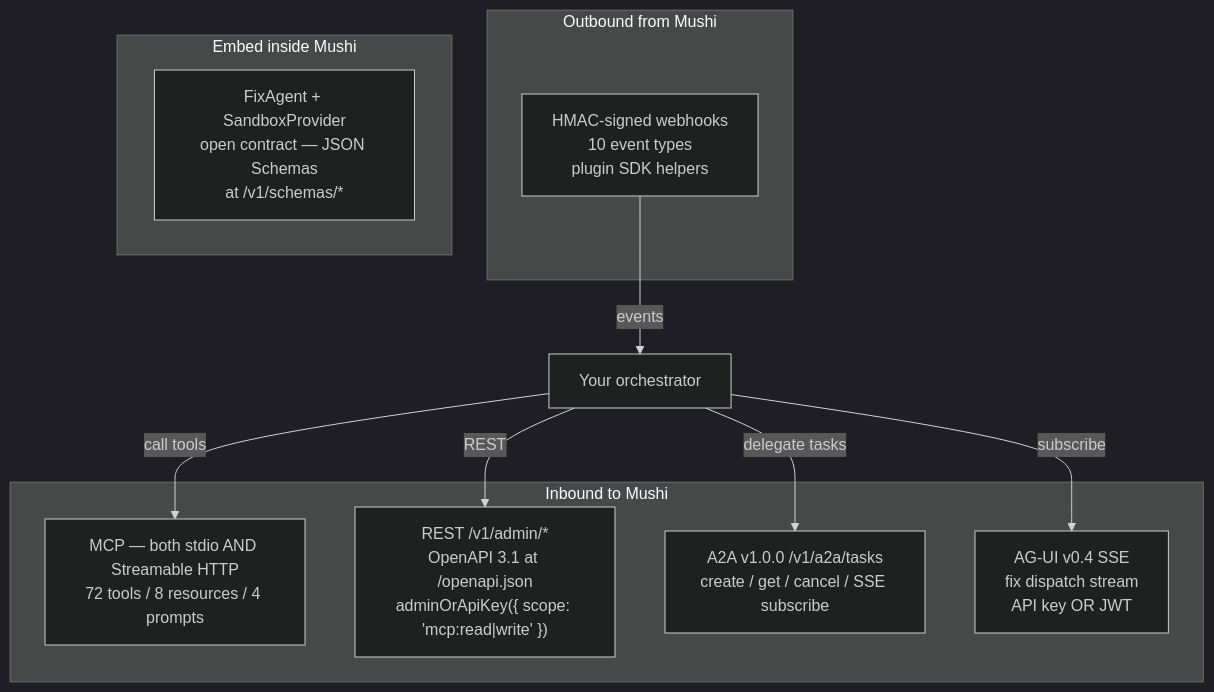
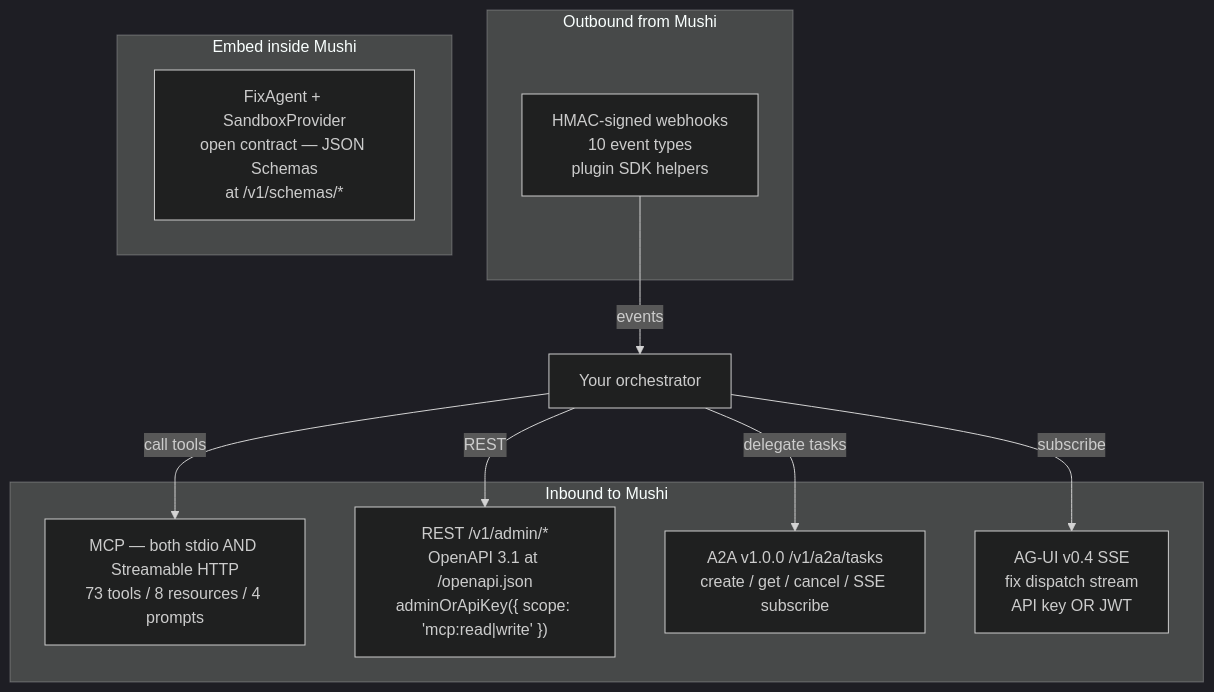
The diagram in apps/docs/content/concepts/orchestrator-interop.mdx (kensaurus/mushi-mushi), drawn with Mermaid (dark theme) before and after one commit. The commit also changed other lines of this file and 307 other files, not shown here.

````diff
--- a/apps/docs/content/concepts/orchestrator-interop.mdx
+++ b/apps/docs/content/concepts/orchestrator-interop.mdx
@@ -31,20 +31,20 @@
 ```mermaid
 flowchart TB
   subgraph Inbound["Inbound to Mushi"]
-    MCP["MCP — both stdio AND Streamable HTTP<br/>72 tools / 8 resources / 4 prompts"]
+    MCP["MCP — both stdio AND Streamable HTTP<br/>73 tools / 8 resources / 4 prompts"]
     REST["REST /v1/admin/*<br/>OpenAPI 3.1 at /openapi.json<br/>adminOrApiKey({ scope: 'mcp:read|write' })"]
     A2A["A2A v1.0.0 /v1/a2a/tasks<br/>create / get / cancel / SSE subscribe"]
     AGUI["AG-UI v0.4 SSE<br/>fix dispatch stream<br/>API key OR JWT"]
   end
   subgraph Outbound["Outbound from Mushi"]
     Hooks["HMAC-signed webhooks<br/>10 event types<br/>plugin SDK helpers"]
   end
   subgraph Native["Embed inside Mushi"]
     FA["FixAgent + SandboxProvider<br/>open contract — JSON Schemas<br/>at /v1/schemas/*"]
   end
   Orch["Your orchestrator"] -->|"call tools"| MCP
   Orch -->|"REST"| REST
   Orch -->|"delegate tasks"| A2A
   Orch -->|"subscribe"| AGUI
   Hooks -->|"events"| Orch
 ```
````
